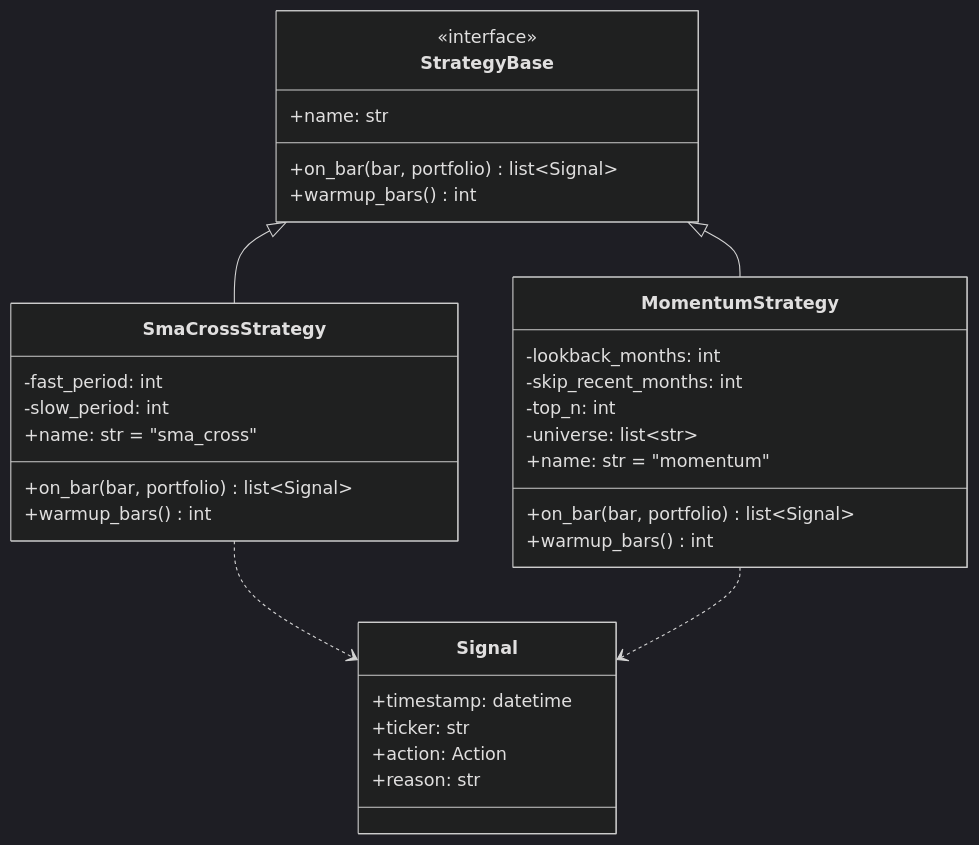
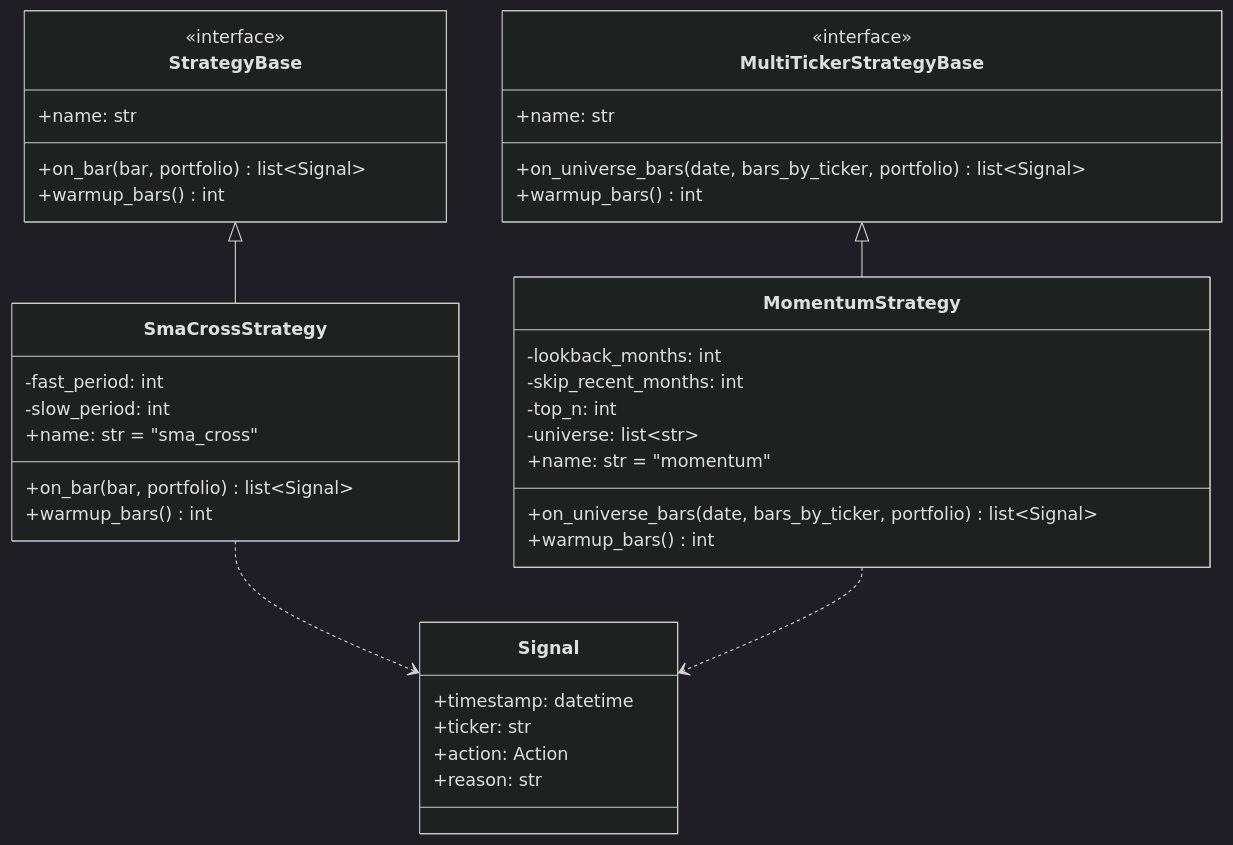
One commit to Tobi-B/quant_trader changed the first of 3 diagrams in docs/uml/p2-strategies/trend.md. Above: the diagram before and after it, drawn with Mermaid (dark theme). The commit also changed other lines of this file, not shown here.

Commit message:
docs(p2-strategies): align trend.md Structure with Momentum universe behavior
- MomentumStrategy erbt jetzt von MultiTickerStrategyBase

- on_bar -> on_universe_bars(date, bars_by_ticker, portfolio)

- Hinweis aktualisiert: erklaert die Zugehoerigkeit zu Slice 2.1 Interface

````diff
--- a/docs/uml/p2-strategies/trend.md
+++ b/docs/uml/p2-strategies/trend.md
@@ -19,36 +19,42 @@
 ```mermaid
 classDiagram
     class StrategyBase {
         <<interface>>
         +name: str
         +on_bar(bar, portfolio) list~Signal~
+        +warmup_bars() int
+    }
+    class MultiTickerStrategyBase {
+        <<interface>>
+        +name: str
+        +on_universe_bars(date, bars_by_ticker, portfolio) list~Signal~
         +warmup_bars() int
     }
     class SmaCrossStrategy {
         -fast_period: int
         -slow_period: int
         +name: str = "sma_cross"
         +on_bar(bar, portfolio) list~Signal~
         +warmup_bars() int
     }
     class MomentumStrategy {
         -lookback_months: int
         -skip_recent_months: int
         -top_n: int
         -universe: list~str~
         +name: str = "momentum"
-        +on_bar(bar, portfolio) list~Signal~
+        +on_universe_bars(date, bars_by_ticker, portfolio) list~Signal~
         +warmup_bars() int
     }
     class Signal {
         +timestamp: datetime
         +ticker: str
         +action: Action
         +reason: str
     }
 
     StrategyBase <|-- SmaCrossStrategy
-    StrategyBase <|-- MomentumStrategy
+    MultiTickerStrategyBase <|-- MomentumStrategy
     SmaCrossStrategy ..> Signal
     MomentumStrategy ..> Signal
 ```
````
